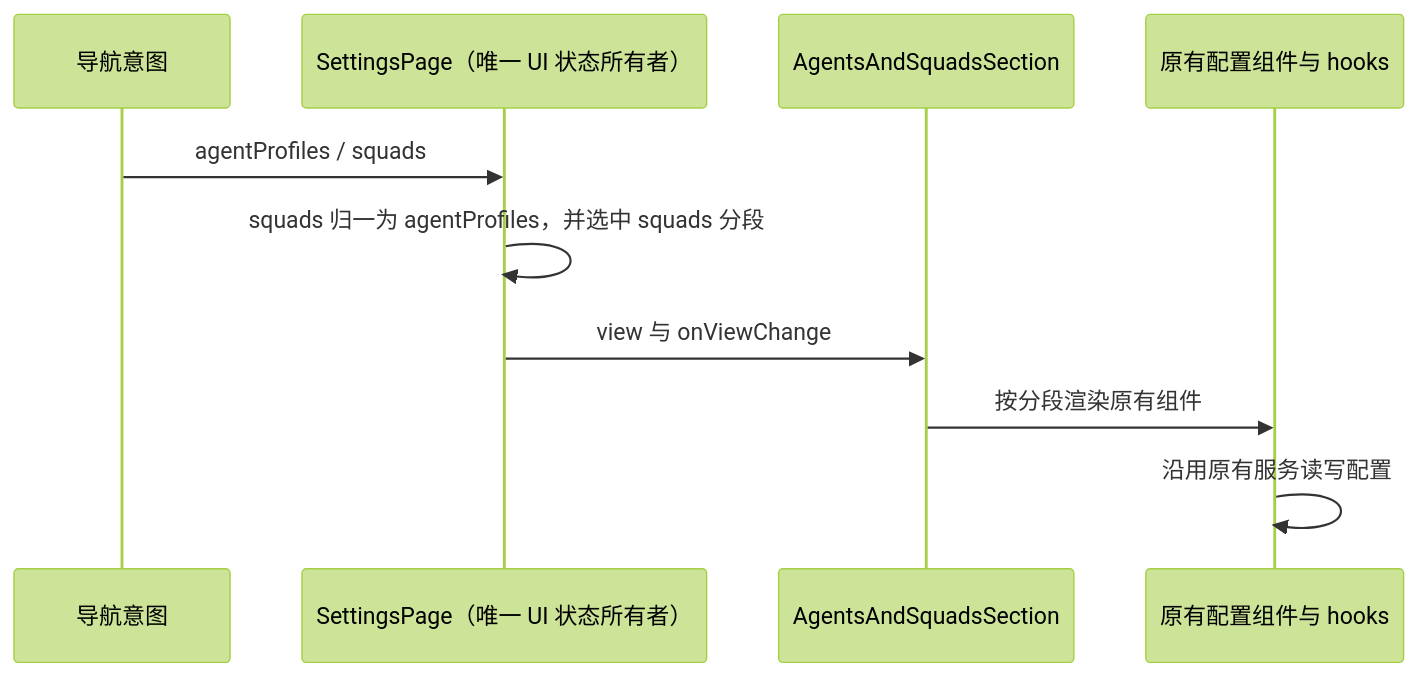
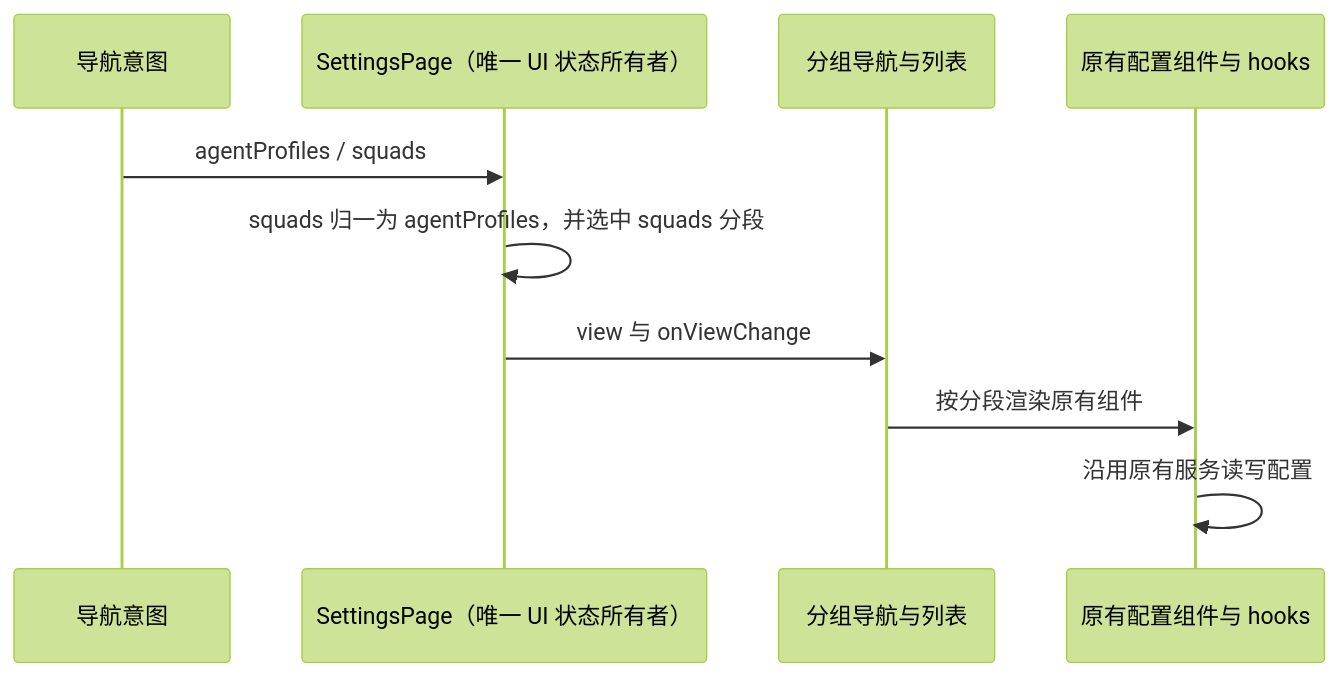
Before and after one commit to caiqiqqq/CodeVori: the diagram in docs/specs/agent-squad-settings.md, drawn with Mermaid (forest theme). The commit also changed other lines of this file and 5 other files, not shown here.

````diff
--- a/docs/specs/agent-squad-settings.md
+++ b/docs/specs/agent-squad-settings.md
@@ -19,12 +21,12 @@
 ```mermaid
 sequenceDiagram
     participant Nav as 导航意图
     participant Page as SettingsPage（唯一 UI 状态所有者）
-    participant View as AgentsAndSquadsSection
+    participant View as 分组导航与列表
     participant Config as 原有配置组件与 hooks
     Nav->>Page: agentProfiles / squads
     Page->>Page: squads 归一为 agentProfiles，并选中 squads 分段
     Page->>View: view 与 onViewChange
     View->>Config: 按分段渲染原有组件
     Config->>Config: 沿用原有服务读写配置
 ```
````
